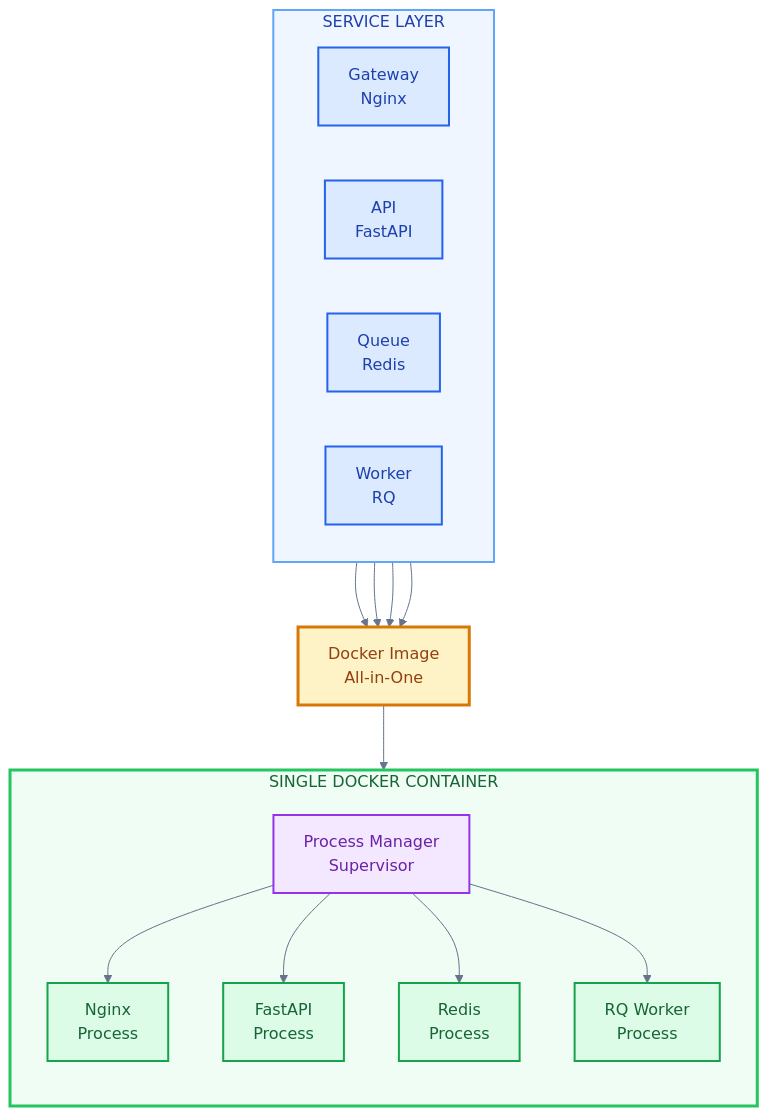
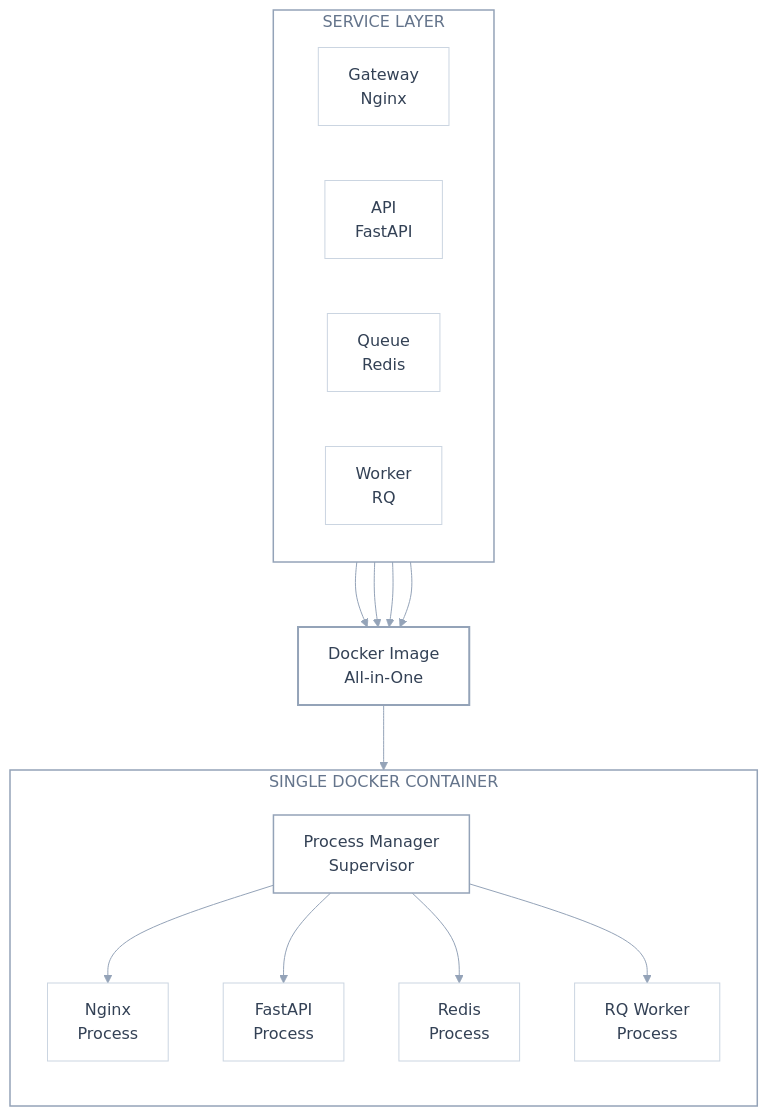
Before and after one commit to TranKiet146/docflow_SOA_Seminar: the second of 3 diagrams in README.md, drawn with Mermaid. The commit also changed other lines of this file, not shown here.

Commit message:
single and multi container diagram

````diff
--- a/README.md
+++ b/README.md
@@ -417,46 +415,43 @@
 ```mermaid
-%%{init: {"theme": "base", "themeVariables": {"fontFamily": "Arial", "fontSize": "16px", "primaryTextColor": "#172554", "lineColor": "#64748b"}, "flowchart": {"htmlLabels": true, "nodeSpacing": 55, "rankSpacing": 65, "useMaxWidth": true}}}%%
+%%{init: {"theme": "base", "themeVariables": {"fontFamily": "Arial", "fontSize": "16px", "primaryTextColor": "#334155", "lineColor": "#94A3B8"}, "flowchart": {"htmlLabels": true, "nodeSpacing": 55, "rankSpacing": 65, "useMaxWidth": true}}}%%
 flowchart TB
     subgraph SL["SERVICE LAYER"]
         direction LR
         S1["Gateway<br/>Nginx"]
         S2["API<br/>FastAPI"]
         S3["Queue<br/>Redis"]
         S4["Worker<br/>RQ"]
     end
 
     IMG["Docker Image<br/>All-in-One"]
 
     subgraph CL["SINGLE DOCKER CONTAINER"]
         direction TB
         PM["Process Manager<br/>Supervisor"]
         P1["Nginx<br/>Process"]
         P2["FastAPI<br/>Process"]
         P3["Redis<br/>Process"]
         P4["RQ Worker<br/>Process"]
 
         PM --> P1
         PM --> P2
         PM --> P3
         PM --> P4
     end
 
     S1 --> IMG
     S2 --> IMG
     S3 --> IMG
     S4 --> IMG
     IMG --> PM
 
-    classDef service fill:#DBEAFE,stroke:#2563EB,stroke-width:2px,color:#1E40AF
-    classDef image fill:#FEF3C7,stroke:#D97706,stroke-width:3px,color:#92400E
-    classDef manager fill:#F3E8FF,stroke:#9333EA,stroke-width:2px,color:#6B21A8
-    classDef process fill:#DCFCE7,stroke:#16A34A,stroke-width:2px,color:#166534
+    classDef default fill:#FFFFFF,stroke:#CBD5E1,stroke-width:1px,color:#334155
+    classDef image fill:#FFFFFF,stroke:#94A3B8,stroke-width:2px,color:#334155
+    classDef manager fill:#FFFFFF,stroke:#94A3B8,stroke-width:1.5px,color:#334155
 
-    class S1,S2,S3,S4 service
     class IMG image
     class PM manager
-    class P1,P2,P3,P4 process
 
-    style SL fill:#EFF6FF,stroke:#60A5FA,stroke-width:2px,color:#1E40AF
-    style CL fill:#F0FDF4,stroke:#22C55E,stroke-width:3px,color:#166534
+    style SL fill:transparent,stroke:#94A3B8,stroke-width:1.5px,color:#64748B
+    style CL fill:transparent,stroke:#94A3B8,stroke-width:1.5px,color:#64748B
 ```
````
